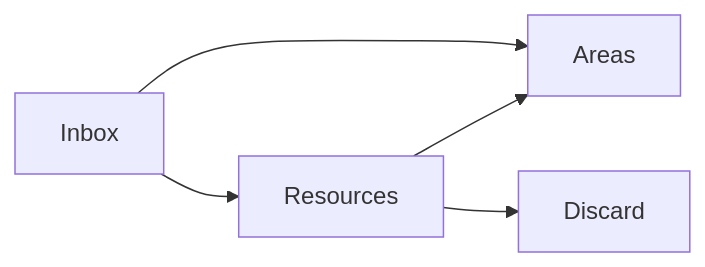
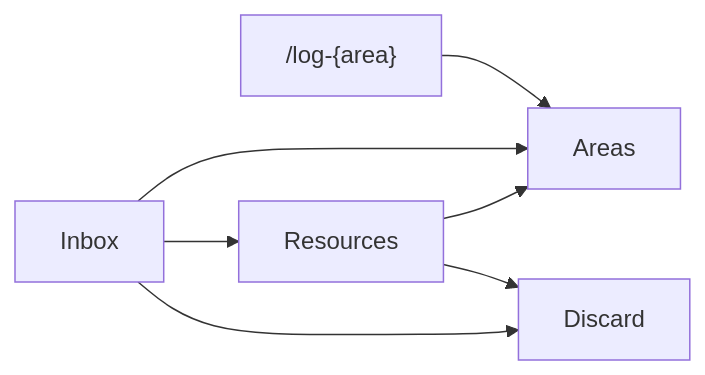
One commit to le4ker/blog changed the first of 2 diagrams in _posts/2026-05-30-mneme.md. Above: the diagram before and after it, drawn with Mermaid. The commit also changed other lines of this file, not shown here.

````diff
--- a/_posts/2026-05-30-mneme.md
+++ b/_posts/2026-05-30-mneme.md
@@ -53,7 +54,9 @@
 ```mermaid!
 flowchart LR
-  inbox["Inbox"] --> areas["Areas"]
+  log["/log-{area}"] --> areas["Areas"]
+  inbox["Inbox"] --> areas
   inbox --> resources["Resources"]
+  inbox --> discard["Discard"]
   resources --> areas
-  resources --> discard["Discard"]
+  resources --> discard
 ```
````
